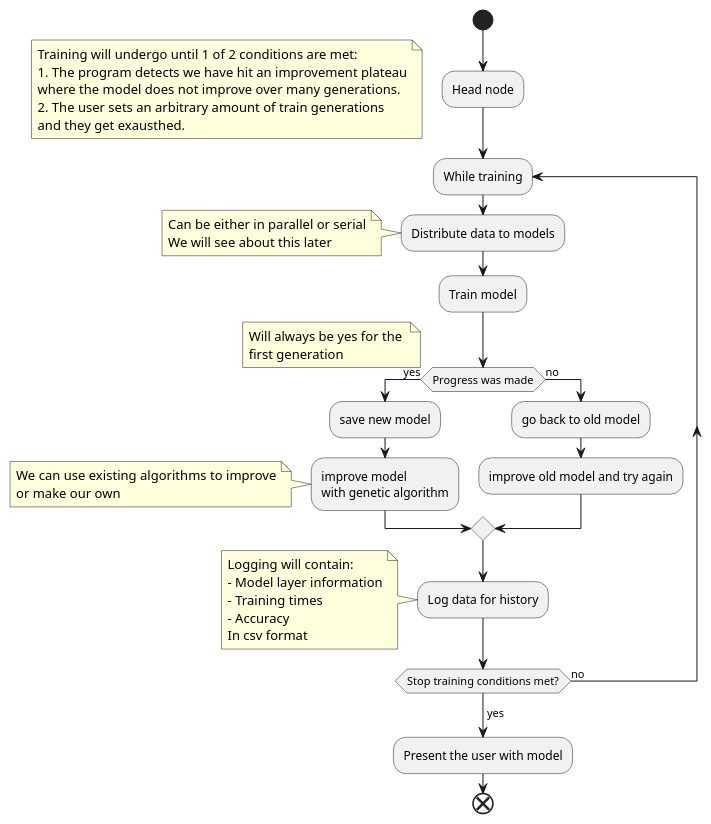
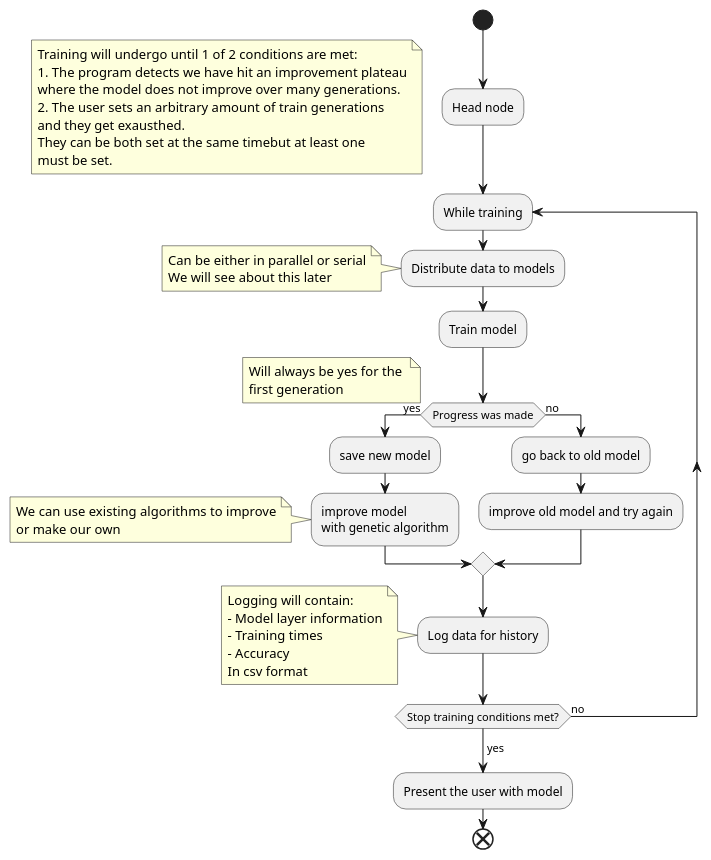
The first of 3 diagrams in schema.plantuml (DenisLeonte/disertation_app), drawn with PlantUML before and after one commit. The commit also changed other lines of this file and 13 other files, not shown here.

```diff
--- a/schema.plantuml
+++ b/schema.plantuml
@@ -1,25 +1,25 @@
 @startuml training_loop
 start
 :Head node;
-floating note: Training will undergo until 1 of 2 conditions are met:\n1. The program detects we have hit an improvement plateau\nwhere the model does not improve over many generations.\n2. The user sets an arbitrary amount of train generations\nand they get exausthed.
+floating note: Training will undergo until 1 of 2 conditions are met:\n1. The program detects we have hit an improvement plateau\nwhere the model does not improve over many generations.\n2. The user sets an arbitrary amount of train generations\nand they get exausthed.\nThey can be both set at the same timebut at least one \nmust be set.
 repeat :While training;
     :Distribute data to models;
     note left :Can be either in parallel or serial\nWe will see about this later
     :Train model;
     if (Progress was made) then (yes)
         note left :Will always be yes for the \nfirst generation
         :save new model;
         :improve model 
         with genetic algorithm;
         note left :We can use existing algorithms to improve\nor make our own
     else (no)
         :go back to old model;
         :improve old model and try again;
     endif
 :Log data for history;
 repeat while (Stop training conditions met?) is (no)
 -> yes;
 note: Logging will contain:\n- Model layer information\n- Training times\n- Accuracy\nIn csv format
 :Present the user with model;
 end
 @enduml
```
